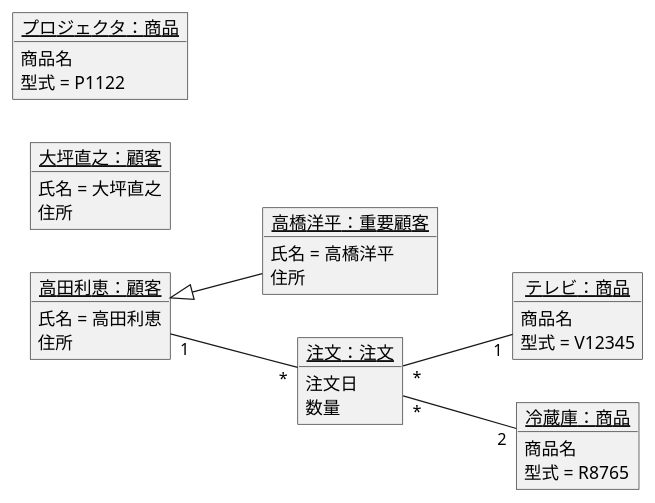
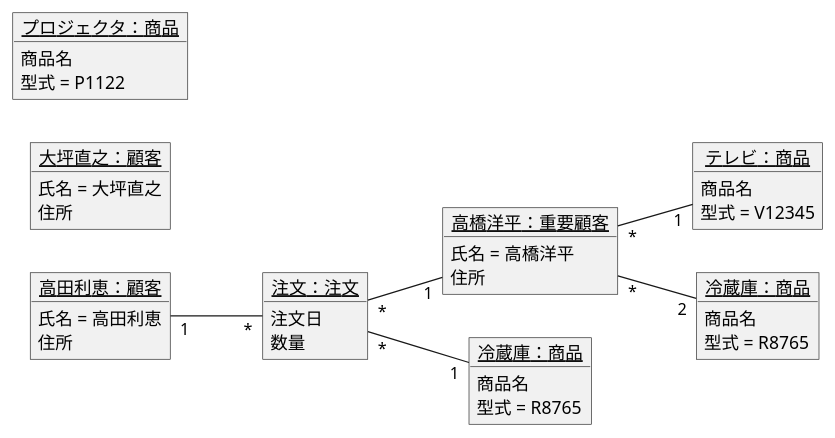
One commit to kuboi0627/unl-introduction changed the diagram in 演習3-7_OBJ_注文のオブジェクト図.pu. Above: the diagram before and after it, drawn with PlantUML.

Commit message:
演習3-7

```diff
--- a/演習3-7_OBJ_注文のオブジェクト図.pu
+++ b/演習3-7_OBJ_注文のオブジェクト図.pu
@@ -1,37 +1,43 @@
 @startuml
 left to right direction
 object "<u>高橋洋平：重要顧客</u>" as k1{
 氏名 = 高橋洋平
 住所
 }
 object "<u>高田利恵：顧客</u>" as k2{
 氏名 = 高田利恵
 住所
 }
 object "<u>大坪直之：顧客</u>" as k3{
 氏名 = 大坪直之
 住所
 }
 object "<u>テレビ：商品</u>" as s1{
 商品名
 型式 = V12345
 }
 object "<u>冷蔵庫：商品</u>" as s2{
 商品名
 型式 = R8765
 }
 object "<u>プロジェクタ：商品</u>" as s3{
 商品名
 型式 = P1122
 }
 object "<u>注文：注文</u>" as t1{
 注文日
 数量
 }
 
+object "<u>冷蔵庫：商品</u>" as s4{
+商品名
+型式 = R8765
+}
+
 k2 "1"--"*" t1
-t1 "*"--"2" s2
-k2 <|-- k1
-t1 "*"--"1" s1
+k1 "*"--"2" s2
+t1 "*"--"1" k1
+k1 "*"--"1" s1
+t1 "*"--"1" s4
 
 @enduml
```
